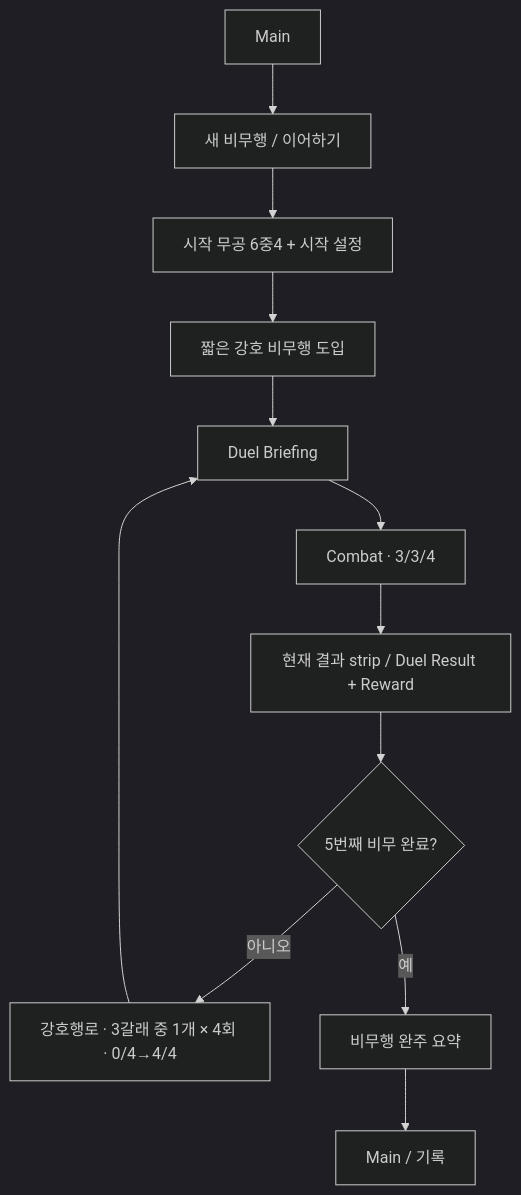
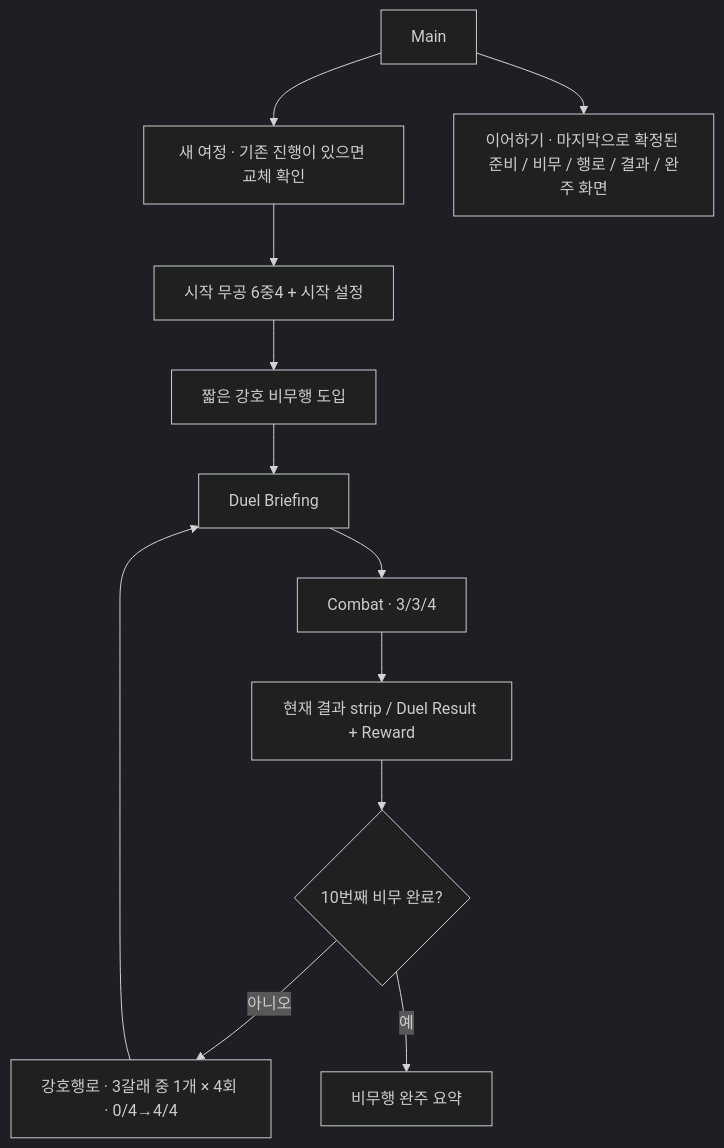
The diagram in docs/12_VERTICAL_SLICE_JIANGHU_JOURNEY.md (alsdmlals4-eng/Ten-Paces-Hidden-Moves), drawn with Mermaid (dark theme) before and after one commit. The commit also changed other lines of this file and 27 other files, not shown here.

````diff
--- a/docs/12_VERTICAL_SLICE_JIANGHU_JOURNEY.md
+++ b/docs/12_VERTICAL_SLICE_JIANGHU_JOURNEY.md
@@ -327,14 +327,14 @@
 ```mermaid
 flowchart TD
-    A["Main"] --> B["새 비무행 / 이어하기"]
+    A["Main"] --> B["새 여정 · 기존 진행이 있으면 교체 확인"]
+    A --> P["이어하기 · 마지막으로 확정된 준비 / 비무 / 행로 / 결과 / 완주 화면"]
     B --> C["시작 무공 6중4 + 시작 설정"]
     C --> D["짧은 강호 비무행 도입"]
     D --> E["Duel Briefing"]
     E --> F["Combat · 3/3/4"]
     F --> G["현재 결과 strip / Duel Result + Reward"]
-    G --> I{"5번째 비무 완료?"}
+    G --> I{"10번째 비무 완료?"}
     I -- "아니오" --> J["강호행로 · 3갈래 중 1개 × 4회 · 0/4→4/4"]
     J --> E
     I -- "예" --> L["비무행 완주 요약"]
-    L --> M["Main / 기록"]
 ```
````
